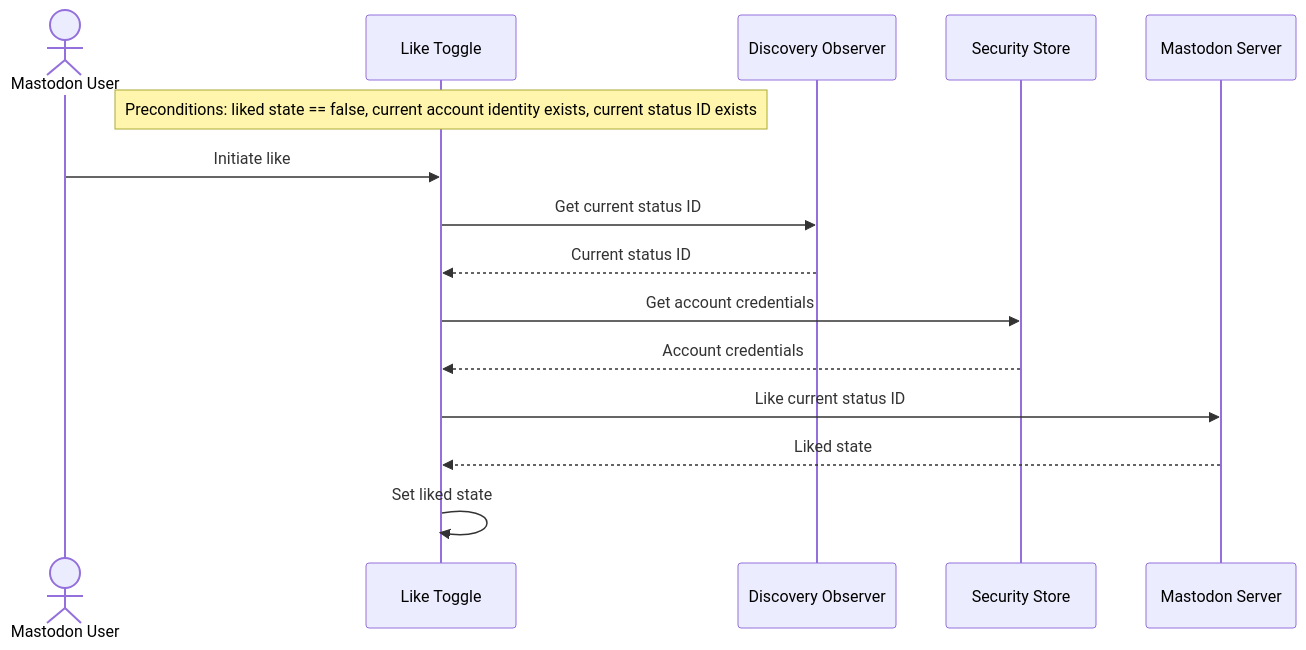
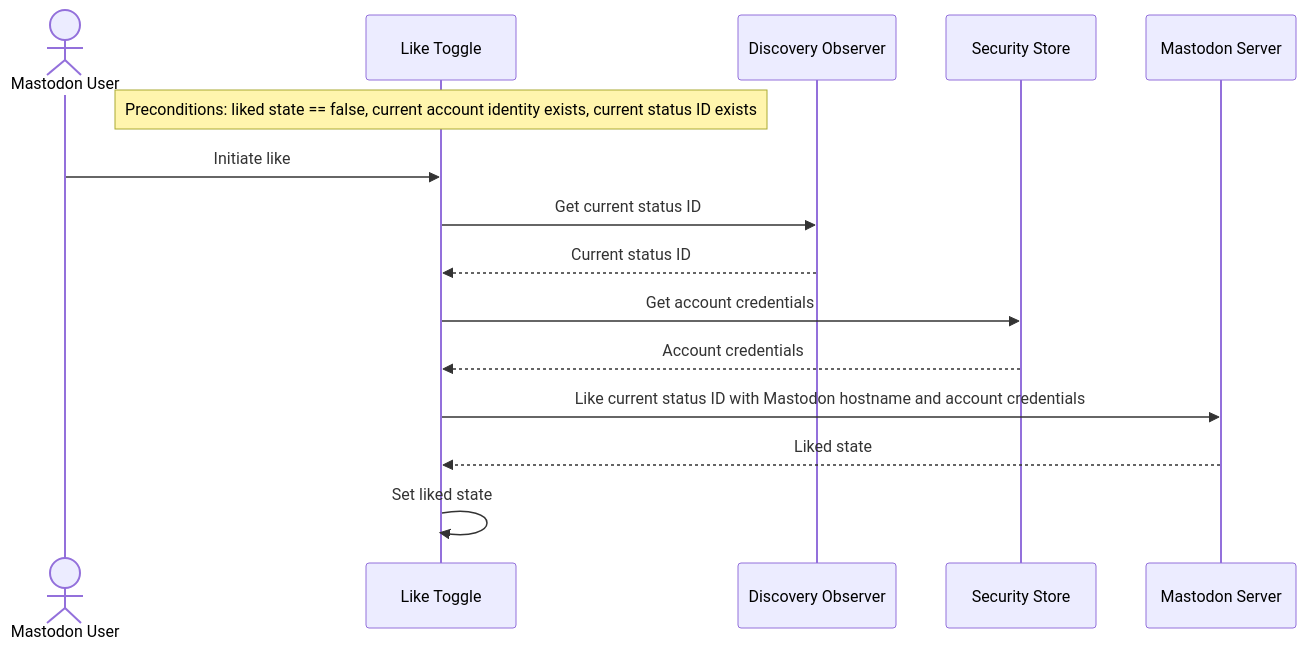
The fourth of 6 diagrams in docs/architecture/process.md (social-web-foundation/activitypub-browser-extension), drawn with Mermaid before and after one commit. The commit also changed other lines of this file and 3 other files, not shown here.

````diff
--- a/docs/architecture/process.md
+++ b/docs/architecture/process.md
@@ -225,18 +225,18 @@
 ```mermaid
 sequenceDiagram
     actor User as Mastodon User
     participant Toggle as Like Toggle
     participant Observer as Discovery Observer
     participant Security as Security Store
     participant Mastodon as Mastodon Server
 
     Note over Toggle: Preconditions: liked state == false, current account identity exists, current status ID exists
     User->>Toggle: Initiate like
     Toggle->>Observer: Get current status ID
     Observer-->>Toggle: Current status ID
     Toggle->>Security: Get account credentials
     Security-->>Toggle: Account credentials
-    Toggle->>Mastodon: Like current status ID
+    Toggle->>Mastodon: Like current status ID with Mastodon hostname and account credentials
     Mastodon-->>Toggle: Liked state
     Toggle->>Toggle: Set liked state
 ```
````
